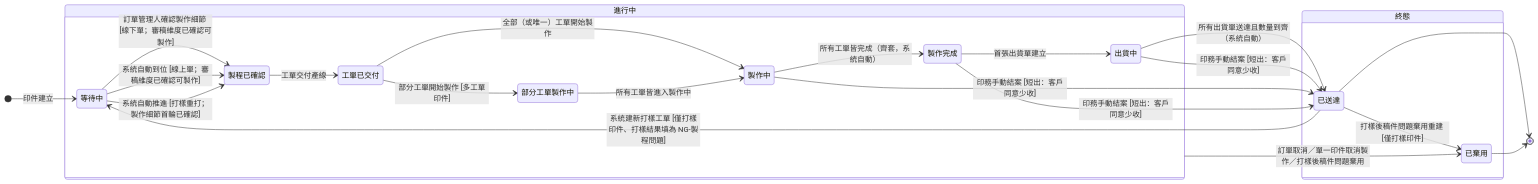
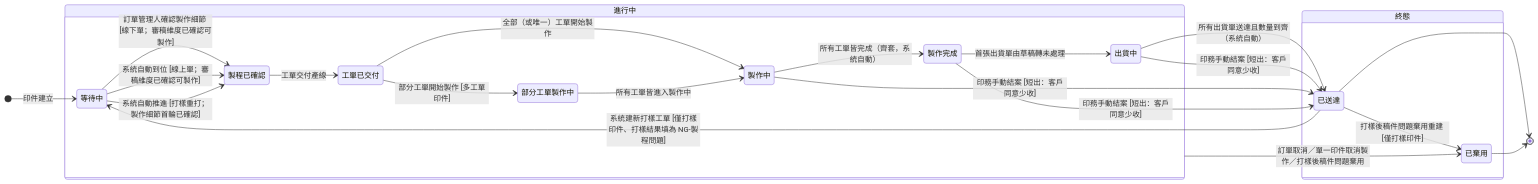
One commit to Kawato-Miles/erp-spec changed the second of 2 diagrams in memory/Sens_wiki/wiki/erp/06-state-machines/印件狀態.md. Above: the diagram before and after it, drawn with Mermaid. The commit also changed other lines of this file and 26 other files, not shown here.

````diff
--- a/memory/Sens_wiki/wiki/erp/06-state-machines/印件狀態.md
+++ b/memory/Sens_wiki/wiki/erp/06-state-machines/印件狀態.md
@@ -106,43 +106,43 @@
 ```mermaid
 stateDiagram-v2
     direction LR
 
     [*] --> p_waiting : 印件建立
 
     state "進行中" as Active {
         direction LR
         state "等待中" as p_waiting
         state "製程已確認" as p_confirmed
         state "工單已交付" as p_delivered
         state "部分工單製作中" as p_partial
         state "製作中" as p_making
         state "製作完成" as p_done
         state "出貨中" as p_shipping
 
         p_waiting --> p_confirmed : 訂單管理人確認製作細節 [線下單；審稿維度已確認可製作]
         p_waiting --> p_confirmed : 系統自動到位 [線上單；審稿維度已確認可製作]
         p_waiting --> p_confirmed : 系統自動推進 [打樣重打；製作細節首輪已確認]
         p_confirmed --> p_delivered : 工單交付產線
         p_delivered --> p_partial : 部分工單開始製作 [多工單印件]
         p_delivered --> p_making : 全部（或唯一）工單開始製作
         p_partial --> p_making : 所有工單皆進入製作中
         p_making --> p_done : 所有工單皆完成（齊套，系統自動）
-        p_done --> p_shipping : 首張出貨單建立
+        p_done --> p_shipping : 首張出貨單由草稿轉未處理
     }
 
     state "終態" as Final {
         state "已送達" as p_arrived
         state "已棄用" as p_discarded
     }
 
     p_shipping --> p_arrived : 所有出貨單送達且數量到齊（系統自動）
     p_shipping --> p_arrived : 印務手動結案 [短出：客戶同意少收]
     p_making --> p_arrived : 印務手動結案 [短出：客戶同意少收]
     p_done --> p_arrived : 印務手動結案 [短出：客戶同意少收]
     p_arrived --> p_waiting : 系統建新打樣工單 [僅打樣印件、打樣結果填為 NG-製程問題]
     Active --> p_discarded : 訂單取消／單一印件取消製作／打樣後稿件問題棄用
     p_arrived --> p_discarded : 打樣後稿件問題棄用重建 [僅打樣印件]
 
     p_arrived --> [*]
     p_discarded --> [*]
 ```
````
